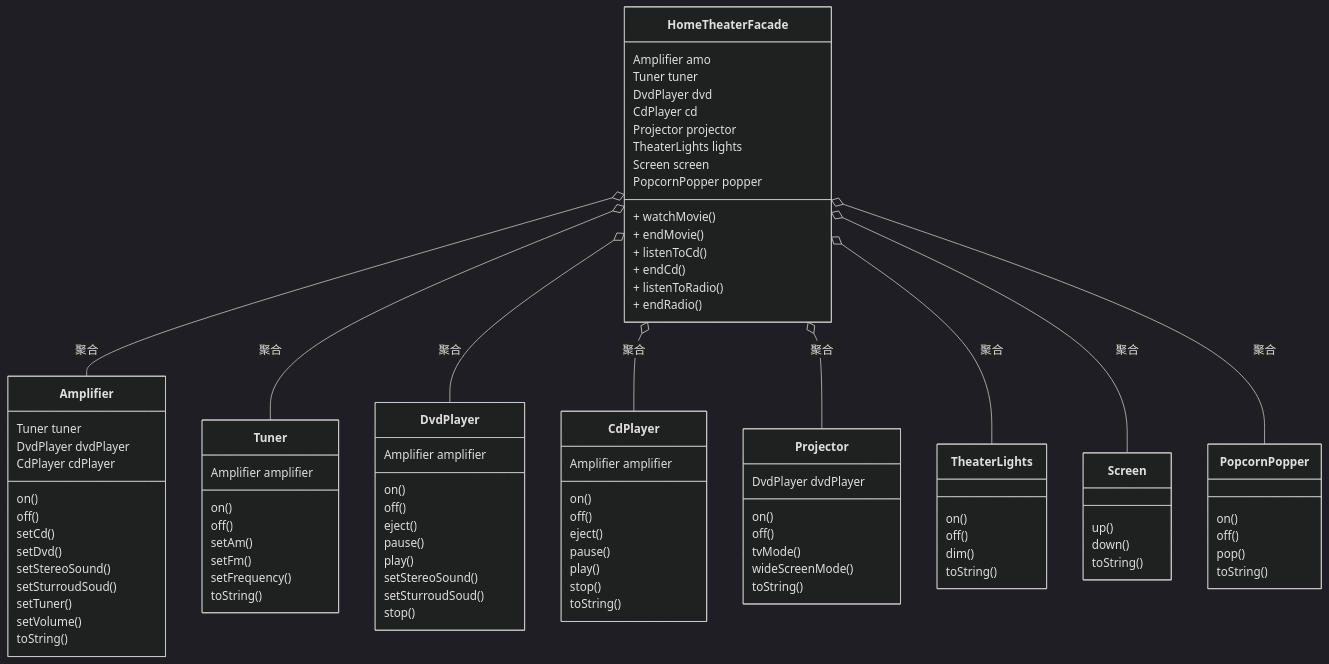
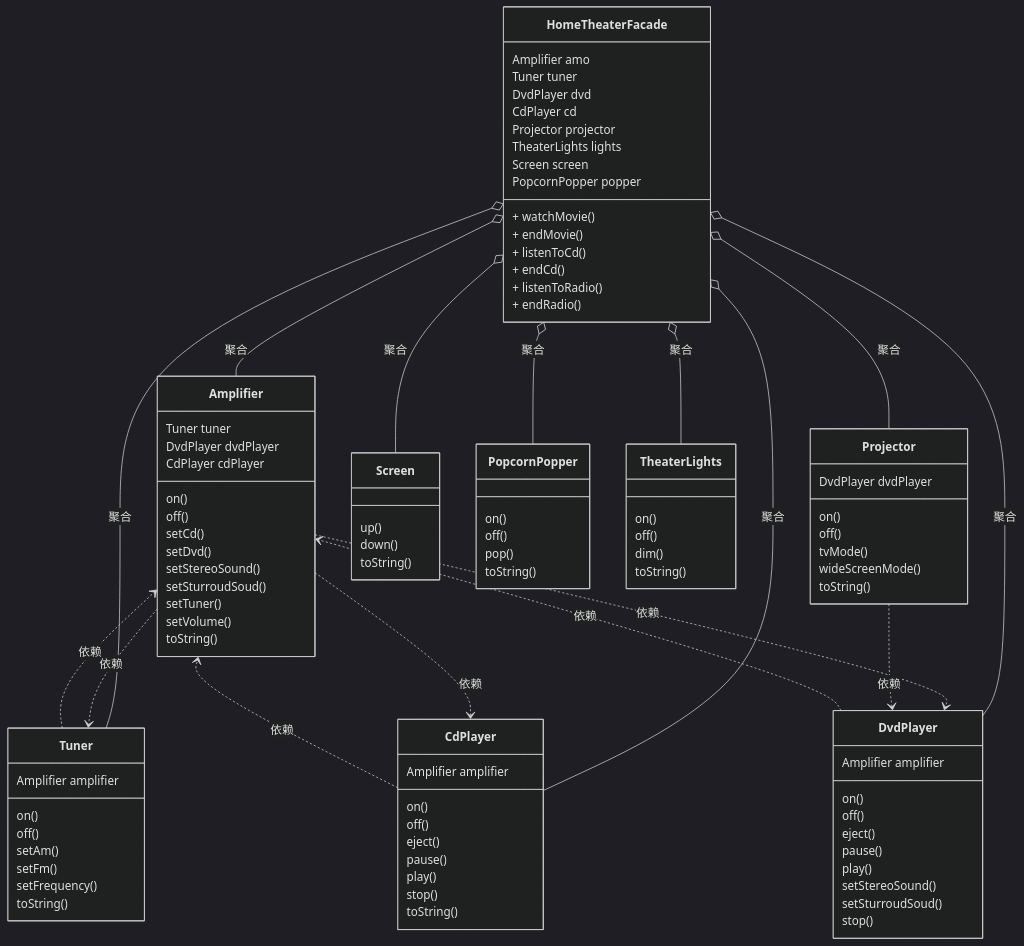
Before and after one commit to user-h/hdata-doc: the fourth of 4 diagrams in docs/01.Java相关/04.设计模式/070.适配器模式与外观模式.md, drawn with Mermaid (dark theme). The commit also changed other lines of this file and 2 other files, not shown here.

Commit message:
模板方法模式

````diff
--- a/docs/01.Java相关/04.设计模式/070.适配器模式与外观模式.md
+++ b/docs/01.Java相关/04.设计模式/070.适配器模式与外观模式.md
@@ -224,90 +224,98 @@
       TheaterLights lights
       Screen screen
       PopcornPopper popper
-	  + watchMovie()
-	  + endMovie()
-	  + listenToCd()
-	  + endCd()
-	  + listenToRadio()
-	  + endRadio()
-	}
-	class Amplifier{
-	  Tuner tuner
-	  DvdPlayer dvdPlayer
-	  CdPlayer cdPlayer
-	  on()
-	  off()
-	  setCd()
-	  setDvd()
-	  setStereoSound()
-	  setSturroudSoud()
-	  setTuner()
-	  setVolume()
-	  toString()
-	}
-	class DvdPlayer{
-	  Amplifier amplifier
-	  on()
-	  off()
-	  eject()
-	  pause()
-	  play()
-	  setStereoSound()
-	  setSturroudSoud()
-	  stop()
-	}
-	class CdPlayer{
-	  Amplifier amplifier
-	  on()
-	  off()
-	  eject()
-	  pause()
-	  play()
-	  stop()
-	  toString()
-	}
-	class Projector{
-	  DvdPlayer dvdPlayer
+      + watchMovie()
+      + endMovie()
+      + listenToCd()
+      + endCd()
+      + listenToRadio()
+      + endRadio()
+    }
+    class Amplifier{
+      Tuner tuner
+      DvdPlayer dvdPlayer
+      CdPlayer cdPlayer
       on()
-	  off()
-	  tvMode()
-	  wideScreenMode()
-	  toString()
-	}
+      off()
+      setCd()
+      setDvd()
+      setStereoSound()
+      setSturroudSoud()
+      setTuner()
+      setVolume()
+      toString()
+    }
+    class DvdPlayer{
+      Amplifier amplifier
+      on()
+      off()
+      eject()
+      pause()
+      play()
+      setStereoSound()
+      setSturroudSoud()
+      stop()
+    }
+    class CdPlayer{
+      Amplifier amplifier
+      on()
+      off()
+      eject()
+      pause()
+      play()
+      stop()
+      toString()
+    }
+    class Projector{
+      DvdPlayer dvdPlayer
+      on()
+      off()
+      tvMode()
+      wideScreenMode()
+      toString()
+    }
 
-	class Tuner{
-	  Amplifier amplifier
-	  on()
-	  off()
-	  setAm()
-	  setFm()
-	  setFrequency()
-	  toString()
-	}
-	class Screen{
-	  up()
-	  down()
-	  toString()
-	}
-	class PopcornPopper{
-	  on()
-	  off()
-	  pop()
-	  toString()
-	}
-	class TheaterLights{
-	  on()
-	  off()
-	  dim()
-	  toString()
-	}
+    class Tuner{
+      Amplifier amplifier
+      on()
+      off()
+      setAm()
+      setFm()
+      setFrequency()
+      toString()
+    }
+    class Screen{
+      up()
+      down()
+      toString()
+    }
+    class PopcornPopper{
+      on()
+      off()
+      pop()
+      toString()
+    }
+    class TheaterLights{
+      on()
+      off()
+      dim()
+      toString()
+    }
 
-	HomeTheaterFacade o-- Amplifier : 聚合
-	HomeTheaterFacade o-- Tuner : 聚合
-	HomeTheaterFacade o-- DvdPlayer : 聚合
-	HomeTheaterFacade o-- CdPlayer : 聚合
-	HomeTheaterFacade o-- Projector : 聚合
-	HomeTheaterFacade o-- TheaterLights : 聚合
-	HomeTheaterFacade o-- Screen : 聚合
-	HomeTheaterFacade o-- PopcornPopper : 聚合
+    HomeTheaterFacade o-- Amplifier : 聚合
+    HomeTheaterFacade o-- Tuner : 聚合
+    HomeTheaterFacade o-- DvdPlayer : 聚合
+    HomeTheaterFacade o-- CdPlayer : 聚合
+    HomeTheaterFacade o-- Projector : 聚合
+    HomeTheaterFacade o-- TheaterLights : 聚合
+    HomeTheaterFacade o-- Screen : 聚合
+    HomeTheaterFacade o-- PopcornPopper : 聚合
+	
+	Amplifier ..> Tuner:依赖
+	Amplifier ..> DvdPlayer:依赖
+	Amplifier ..> CdPlayer:依赖
+	Tuner ..> Amplifier:依赖
+	DvdPlayer ..> Amplifier:依赖
+	CdPlayer ..> Amplifier:依赖
+	Projector ..> DvdPlayer:依赖
 ```
````
